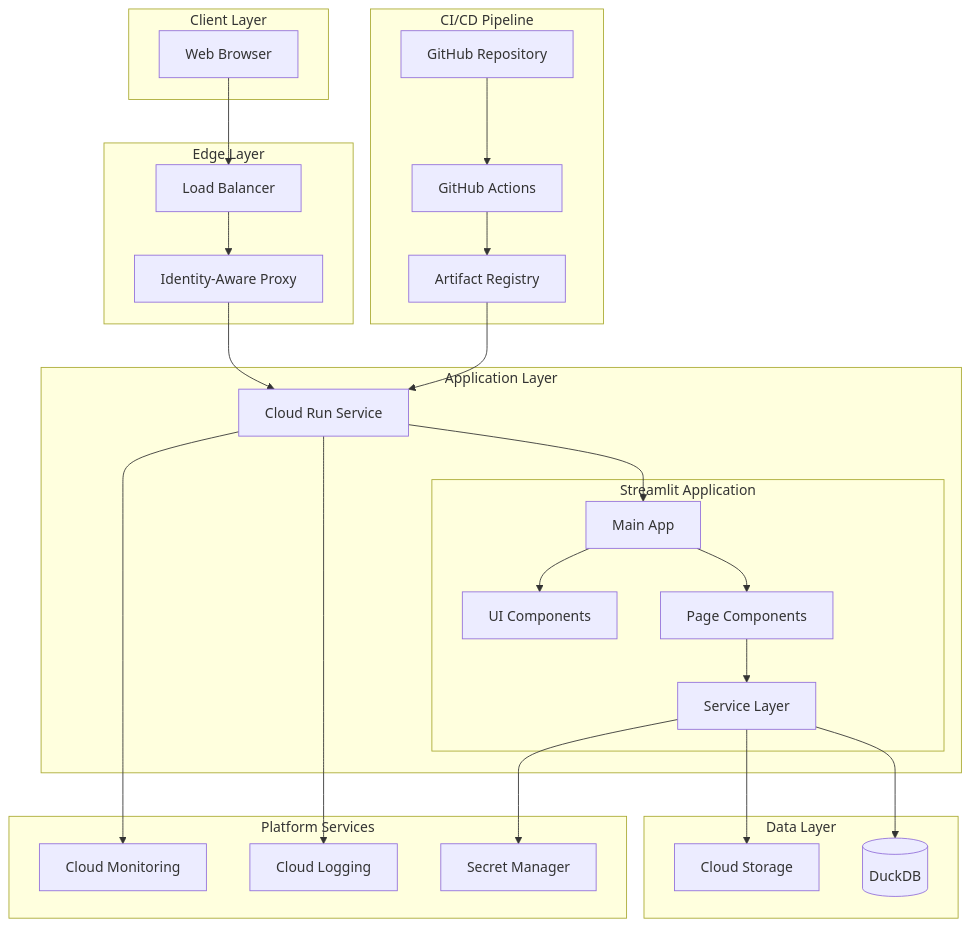
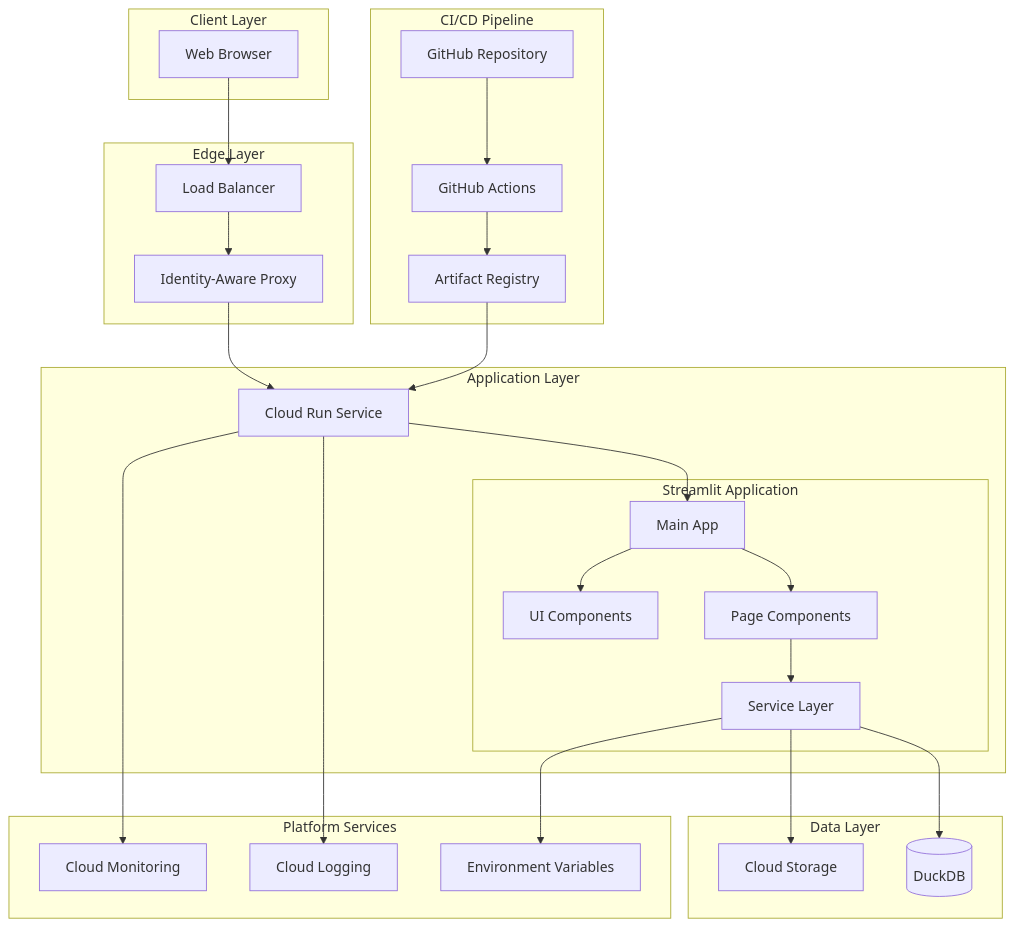
Before and after one commit to mida-hub/imgstream: the first of 6 diagrams in docs/ARCHITECTURE.md, drawn with Mermaid. The commit also changed other lines of this file and 2 other files, not shown here.

````diff
--- a/docs/ARCHITECTURE.md
+++ b/docs/ARCHITECTURE.md
@@ -77,58 +77,58 @@
 ```mermaid
 graph TB
     subgraph "Client Layer"
         WEB[Web Browser]
     end
 
     subgraph "Edge Layer"
         LB[Load Balancer]
         IAP[Identity-Aware Proxy]
     end
 
     subgraph "Application Layer"
         CR[Cloud Run Service]
         subgraph "Streamlit Application"
             MAIN[Main App]
             UI[UI Components]
             PAGES[Page Components]
             SERVICES[Service Layer]
         end
     end
 
     subgraph "Data Layer"
         GCS[Cloud Storage]
         DB[(DuckDB)]
     end
 
     subgraph "Platform Services"
         MONITORING[Cloud Monitoring]
         LOGGING[Cloud Logging]
-        SECRET[Secret Manager]
+        ENV[Environment Variables]
     end
 
     subgraph "CI/CD Pipeline"
         GITHUB[GitHub Repository]
         ACTIONS[GitHub Actions]
         REGISTRY[Artifact Registry]
     end
 
     WEB --> LB
     LB --> IAP
     IAP --> CR
 
     CR --> MAIN
     MAIN --> UI
     MAIN --> PAGES
     PAGES --> SERVICES
 
     SERVICES --> GCS
     SERVICES --> DB
 
     CR --> MONITORING
     CR --> LOGGING
-    SERVICES --> SECRET
+    SERVICES --> ENV
 
     GITHUB --> ACTIONS
     ACTIONS --> REGISTRY
     REGISTRY --> CR
 ```
````
